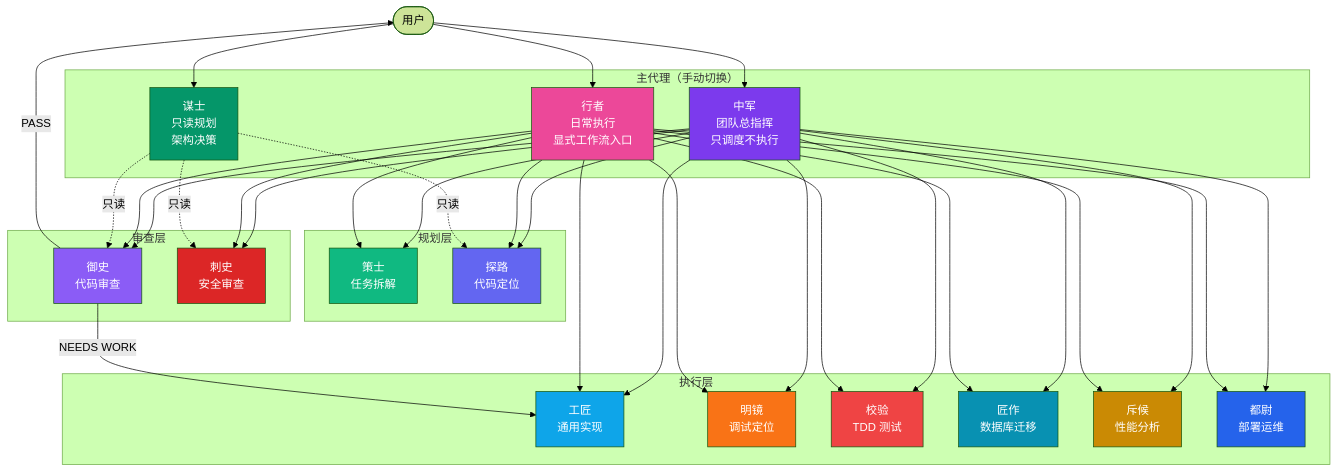
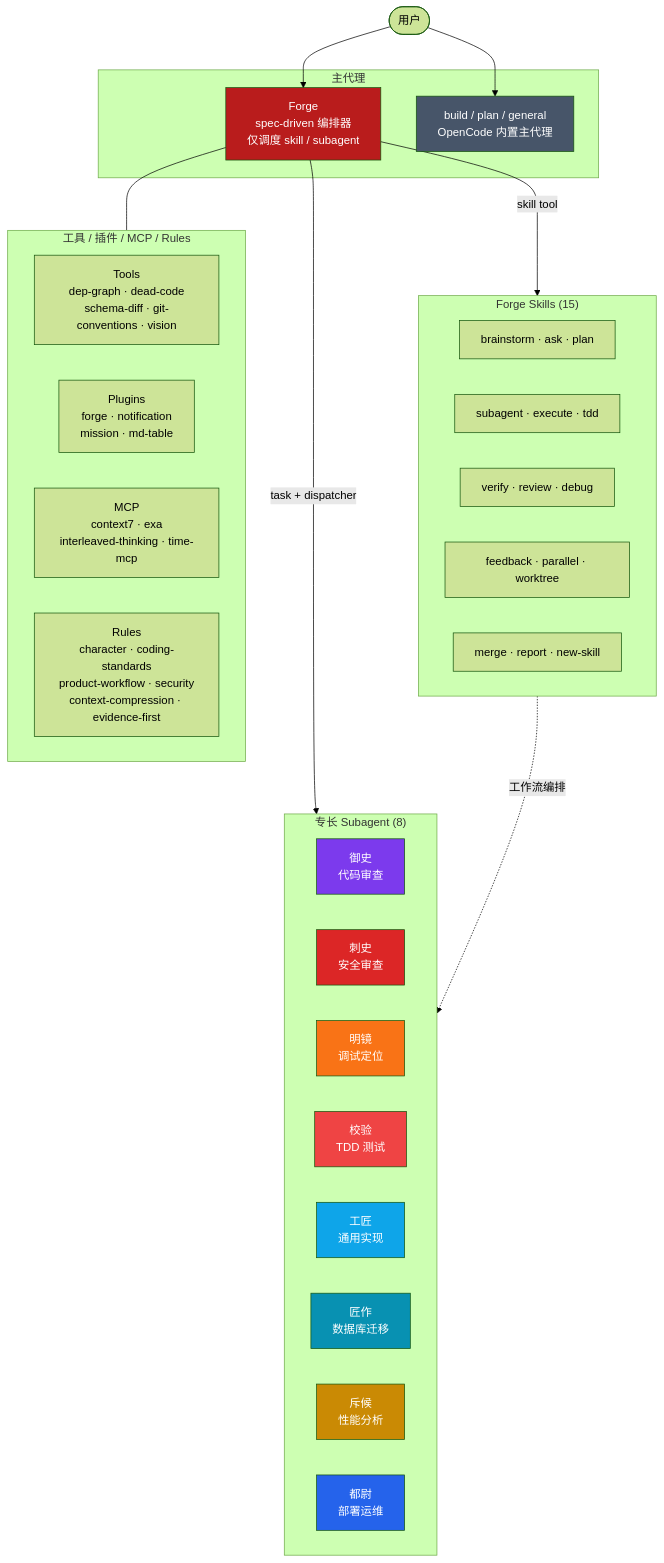
One commit to JochenYang/open-agent changed the diagram in README.md. Above: the diagram before and after it, drawn with Mermaid (forest theme). The commit also changed other lines of this file, not shown here.

First line of the commit message:
docs(readme): rewrite for forge-based architecture

````diff
--- a/README.md
+++ b/README.md
@@ -36,52 +51,55 @@
 ```mermaid
 graph TB
     User(["用户"])
 
-    subgraph Primary["主代理（手动切换）"]
-        ZJ["中军<br/>团队总指挥<br/>只调度不执行"]
-        XZ["行者<br/>日常执行<br/>显式工作流入口"]
-        MS["谋士<br/>只读规划<br/>架构决策"]
+    subgraph Primary["主代理"]
+        FG["Forge<br/>spec-driven 编排器<br/>仅调度 skill / subagent"]
+        BD["build / plan / general<br/>OpenCode 内置主代理"]
     end
 
-    subgraph Planning["规划层"]
-        CSS["策士<br/>任务拆解"]
-        TL["探路<br/>代码定位"]
+    subgraph Skills["Forge Skills (15)"]
+        direction LR
+        S1["brainstorm · ask · plan"]
+        S2["subagent · execute · tdd"]
+        S3["verify · review · debug"]
+        S4["feedback · parallel · worktree"]
+        S5["merge · report · new-skill"]
     end
 
-    subgraph Execution["执行层"]
-        GJ["工匠<br/>通用实现"]
+    subgraph Subagents["专长 Subagent (8)"]
+        direction LR
+        YS["御史<br/>代码审查"]
+        CS["刺史<br/>安全审查"]
         MJ["明镜<br/>调试定位"]
         JY["校验<br/>TDD 测试"]
+        GJ["工匠<br/>通用实现"]
         JZ["匠作<br/>数据库迁移"]
         XH["斥候<br/>性能分析"]
         DW["都尉<br/>部署运维"]
     end
 
-    subgraph Review["审查层"]
-        YSR["御史<br/>代码审查"]
-        CSR["刺史<br/>安全审查"]
+    subgraph Infra["工具 / 插件 / MCP / Rules"]
+        TL["Tools<br/>dep-graph · dead-code<br/>schema-diff · git-conventions · vision"]
+        PL["Plugins<br/>forge · notification<br/>mission · md-table"]
+        MC["MCP<br/>context7 · exa<br/>interleaved-thinking · time-mcp"]
+        RL["Rules<br/>character · coding-standards<br/>product-workflow · security<br/>context-compression · evidence-first"]
     end
 
-    User --> ZJ & XZ & MS
+    User --> FG & BD
+    FG -->|skill tool| Skills
+    FG -->|task + dispatcher| Subagents
+    Skills -.->|工作流编排| Subagents
 
-    ZJ --> CSS & TL & GJ & MJ & JY & YSR & CSR & JZ & XH & DW
-    XZ --> CSS & TL & GJ & MJ & JY & YSR & CSR & JZ & XH & DW
-    MS -.->|只读| TL & YSR & CSR
+    FG --- Infra
 
-    YSR -->|NEEDS WORK| GJ
-    YSR -->|PASS| User
-
-    style ZJ fill:#7C3AED,color:#fff
-    style XZ fill:#EC4899,color:#fff
-    style MS fill:#059669,color:#fff
-    style CSS fill:#10B981,color:#fff
-    style TL fill:#6366F1,color:#fff
-    style GJ fill:#0EA5E9,color:#fff
+    style FG fill:#B91C1C,color:#fff
+    style BD fill:#475569,color:#fff
+    style YS fill:#7C3AED,color:#fff
+    style CS fill:#DC2626,color:#fff
     style MJ fill:#F97316,color:#fff
     style JY fill:#EF4444,color:#fff
+    style GJ fill:#0EA5E9,color:#fff
     style JZ fill:#0891B2,color:#fff
     style XH fill:#CA8A04,color:#fff
     style DW fill:#2563EB,color:#fff
-    style YSR fill:#8B5CF6,color:#fff
-    style CSR fill:#DC2626,color:#fff
 ```
````
